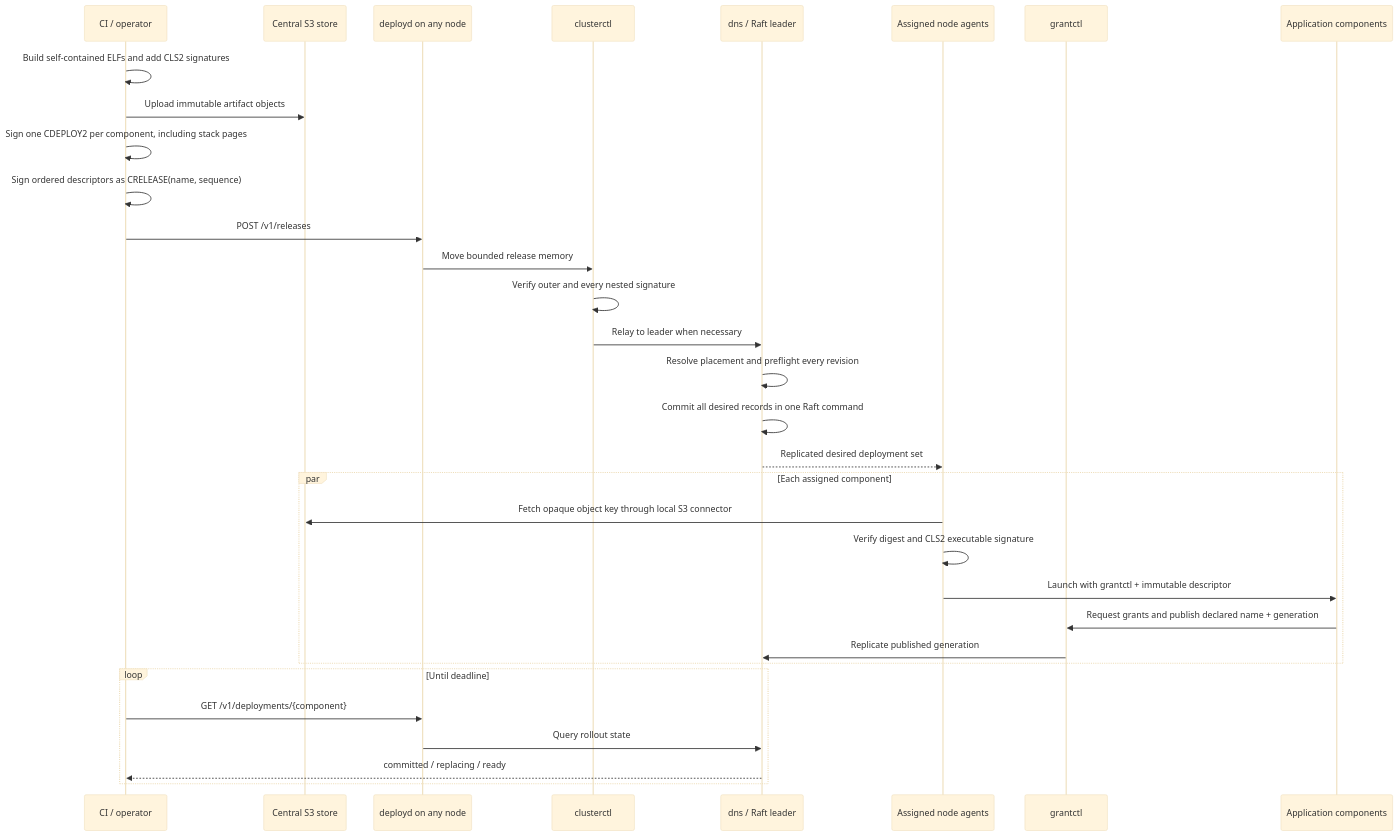
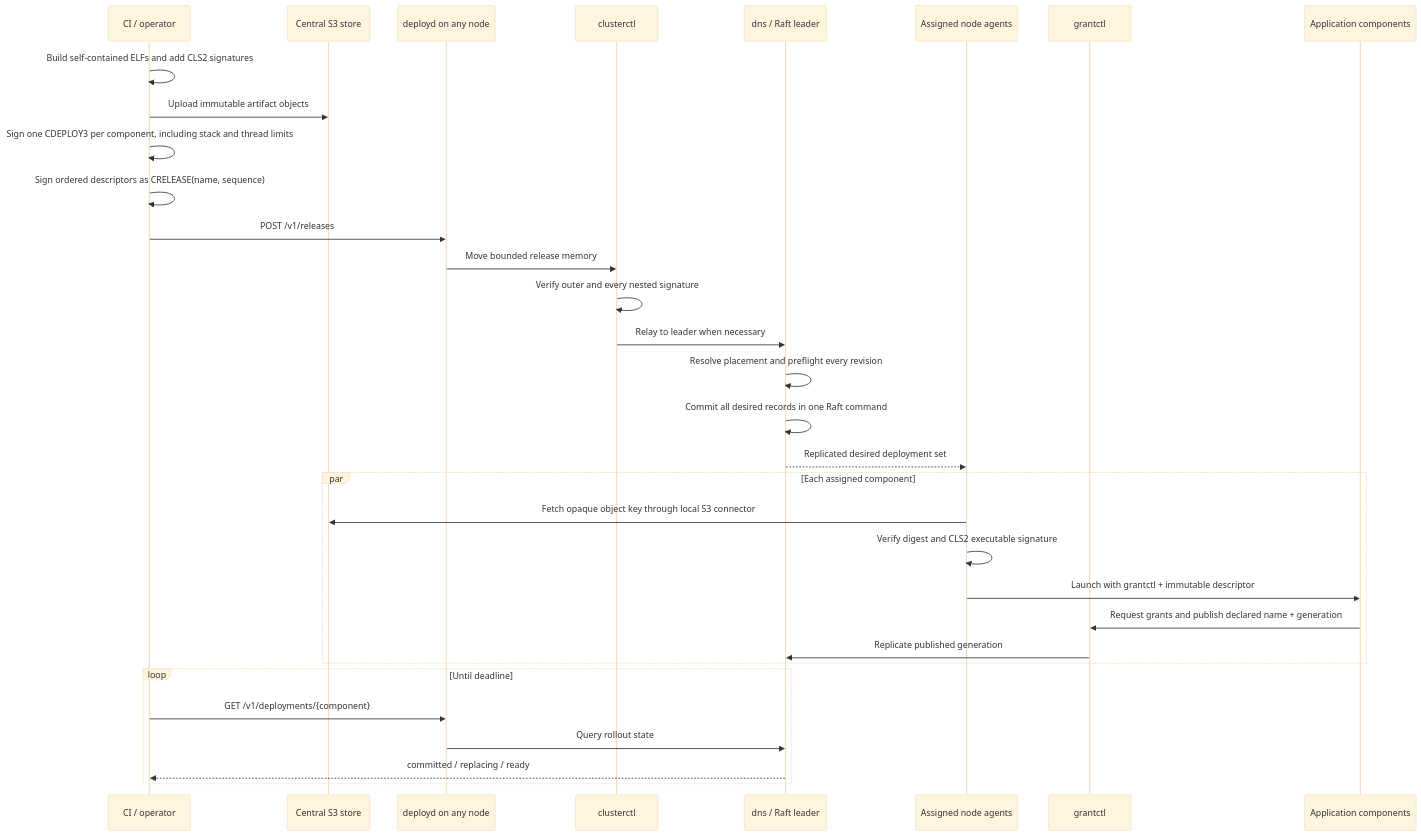
One commit to FrodeRanders/charlotte-os changed the eighth of 11 diagrams in docs/figures.md. Above: the diagram before and after it, drawn with Mermaid (base theme). The commit also changed other lines of this file and 28 other files, not shown here.

Commit message:
Sign and enforce deployment thread limits

````diff
--- a/docs/figures.md
+++ b/docs/figures.md
@@ -349,37 +349,37 @@
 ```mermaid
 sequenceDiagram
 participant C as CI / operator
 participant O as Central S3 store
 participant D as deployd on any node
 participant X as clusterctl
 participant R as dns / Raft leader
 participant A as Assigned node agents
 participant G as grantctl
 participant P as Application components
 
       C->>C: Build self-contained ELFs and add CLS2 signatures
       C->>O: Upload immutable artifact objects
-      C->>C: Sign one CDEPLOY2 per component, including stack pages
+      C->>C: Sign one CDEPLOY3 per component, including stack and thread limits
       C->>C: Sign ordered descriptors as CRELEASE(name, sequence)
       C->>D: POST /v1/releases
       D->>X: Move bounded release memory
       X->>X: Verify outer and every nested signature
       X->>R: Relay to leader when necessary
       R->>R: Resolve placement and preflight every revision
       R->>R: Commit all desired records in one Raft command
       R-->>A: Replicated desired deployment set
 
       par Each assigned component
           A->>O: Fetch opaque object key through local S3 connector
           A->>A: Verify digest and CLS2 executable signature
           A->>P: Launch with grantctl + immutable descriptor
           P->>G: Request grants and publish declared name + generation
           G->>R: Replicate published generation
       end
 
       loop Until deadline
           C->>D: GET /v1/deployments/{component}
           D->>R: Query rollout state
           R-->>C: committed / replacing / ready
       end
 ```
````
